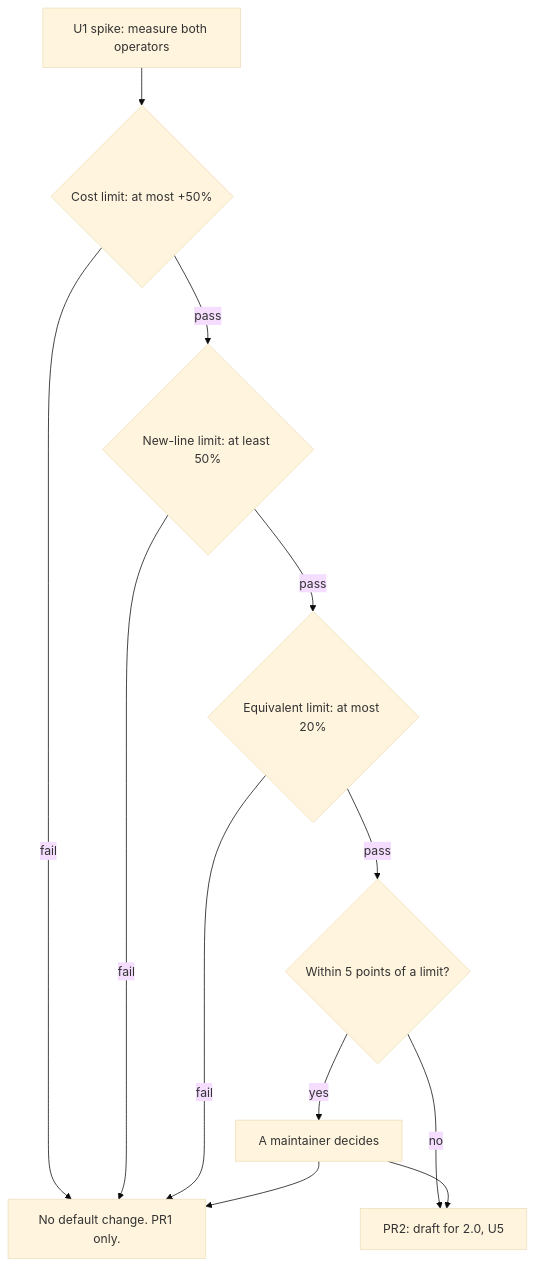
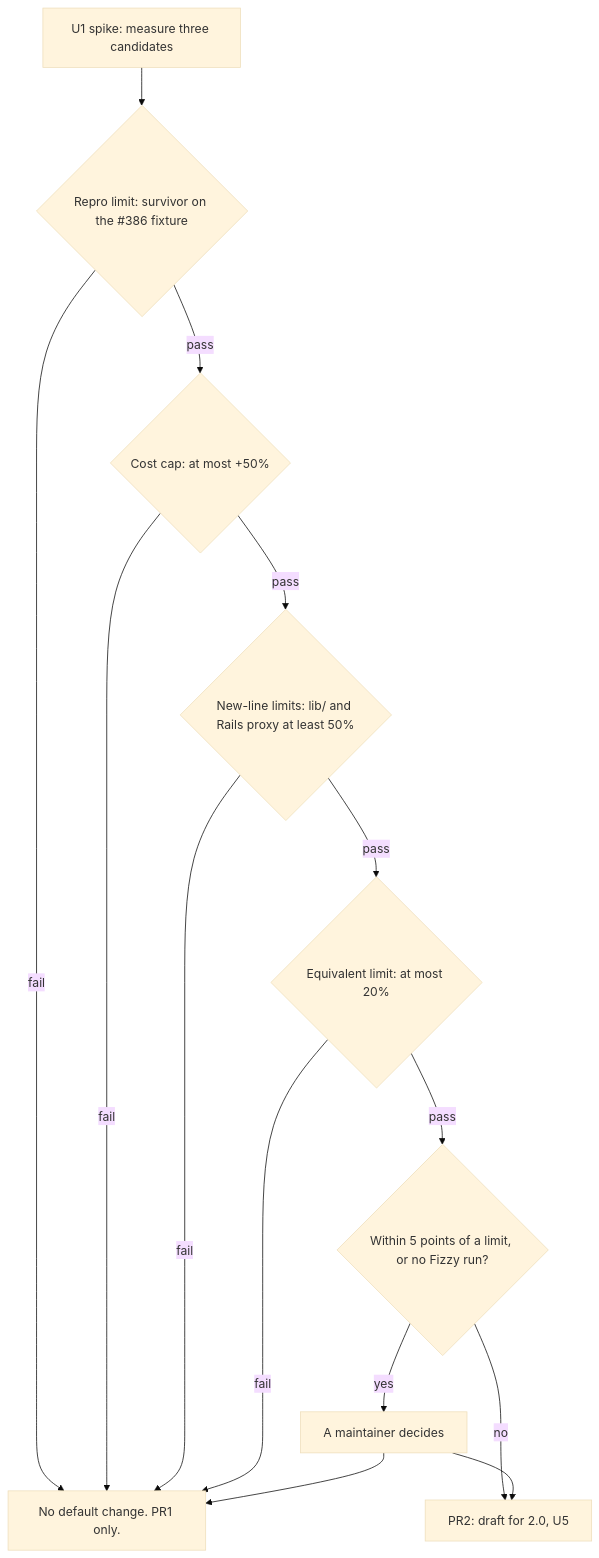
The diagram in docs/plans/2026-11-10-386-feat-default-mutants-for-bare-if-and-rescue-bodies-plan.md (davidteren/mutineer), drawn with Mermaid (base theme) before and after one commit. The commit also changed other lines of this file and 14 other files, not shown here.

````diff
--- a/docs/plans/2026-11-10-386-feat-default-mutants-for-bare-if-and-rescue-bodies-plan.md
+++ b/docs/plans/2026-11-10-386-feat-default-mutants-for-bare-if-and-rescue-bodies-plan.md
@@ -154,14 +219,16 @@
 ```mermaid
 flowchart TB
-  S["U1 spike: measure both operators"] --> C{"Cost limit: at most +50%"}
-  C -->|fail| N["No default change. PR1 only."]
-  C -->|pass| L{"New-line limit: at least 50%"}
+  S["U1 spike: measure three candidates"] --> R{"Repro limit: survivor on the #386 fixture"}
+  R -->|fail| N["No default change. PR1 only."]
+  R -->|pass| C{"Cost cap: at most +50%"}
+  C -->|fail| N
+  C -->|pass| L{"New-line limits: lib/ and Rails proxy at least 50%"}
   L -->|fail| N
   L -->|pass| E{"Equivalent limit: at most 20%"}
   E -->|fail| N
-  E -->|pass| M{"Within 5 points of a limit?"}
+  E -->|pass| M{"Within 5 points of a limit, or no Fizzy run?"}
   M -->|yes| A["A maintainer decides"]
   M -->|no| P["PR2: draft for 2.0, U5"]
   A --> P
   A --> N
 ```
````
